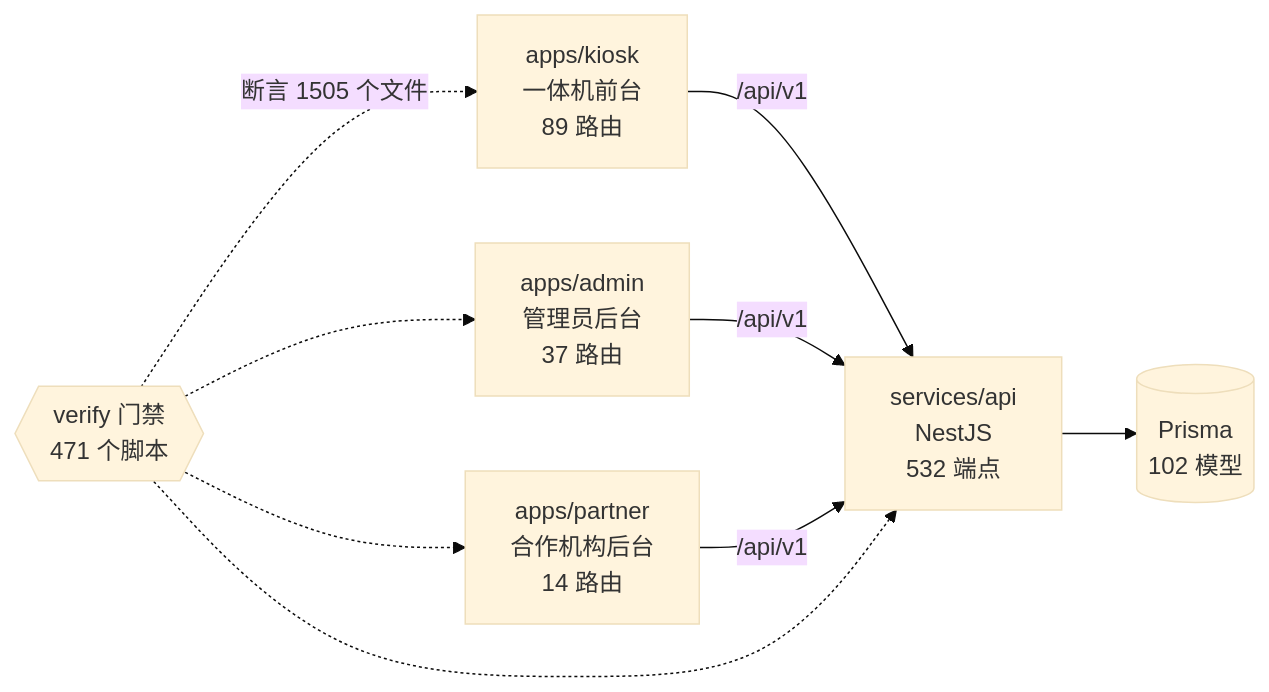
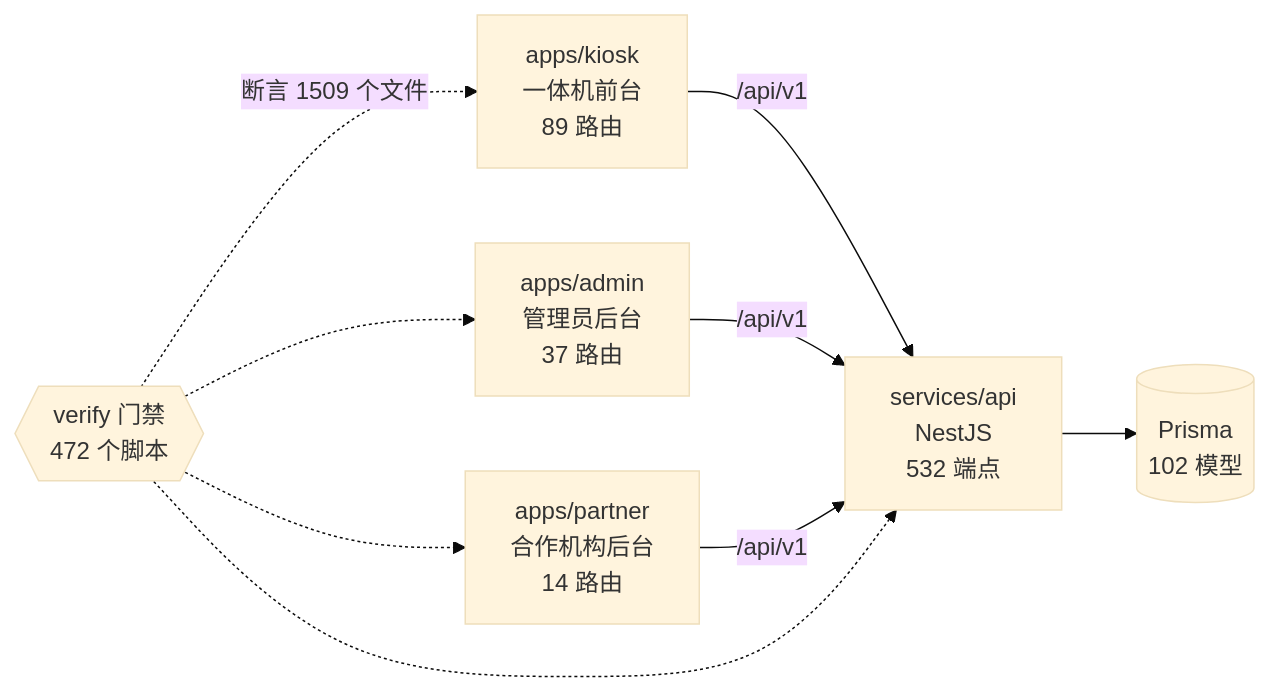
Before and after one commit to wanglei581/YITIJI: the diagram in docs/graph/README.md, drawn with Mermaid (base theme). The commit also changed other lines of this file and 40 other files, not shown here.

````diff
--- a/docs/graph/README.md
+++ b/docs/graph/README.md
@@ -68,18 +68,18 @@
 ```mermaid
 flowchart LR
   kiosk["apps/kiosk<br/>一体机前台<br/>89 路由"]
   admin["apps/admin<br/>管理员后台<br/>37 路由"]
   partner["apps/partner<br/>合作机构后台<br/>14 路由"]
   api["services/api<br/>NestJS<br/>532 端点"]
   db[("Prisma<br/>102 模型")]
-  gates{{"verify 门禁<br/>471 个脚本"}}
+  gates{{"verify 门禁<br/>472 个脚本"}}
 
   kiosk -->|"/api/v1"| api
   admin -->|"/api/v1"| api
   partner -->|"/api/v1"| api
   api --> db
-  gates -.->|"断言 1505 个文件"| kiosk
+  gates -.->|"断言 1509 个文件"| kiosk
   gates -.-> admin
   gates -.-> partner
   gates -.-> api
 ```
````
